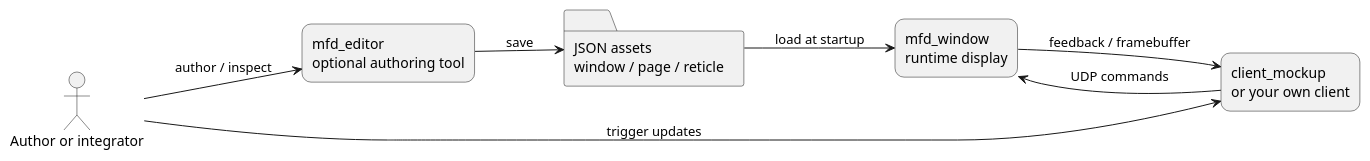
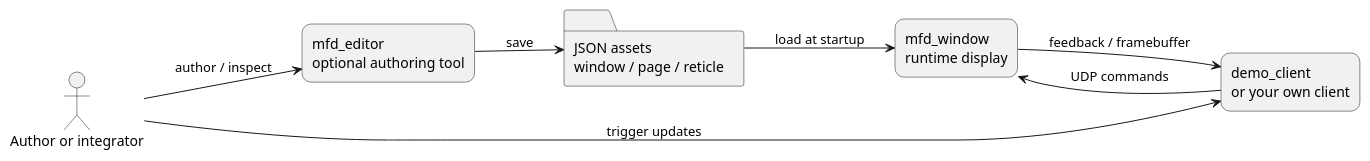
Before and after one commit to benoitfragit/MFDStudio: the diagram in docs/src/images/mfd_runtime_roundtrip.puml, drawn with PlantUML. The commit also changed 210 other files, not shown here.

```diff
--- a/docs/src/images/mfd_runtime_roundtrip.puml
+++ b/docs/src/images/mfd_runtime_roundtrip.puml
@@ -1,20 +1,20 @@
 @startuml
 left to right direction
 skinparam shadowing false
 skinparam rectangle {
   RoundCorner 18
 }
 
 actor "Author or integrator" as User
 rectangle "mfd_editor\noptional authoring tool" as Editor
 folder "JSON assets\nwindow / page / reticle" as Assets
 rectangle "mfd_window\nruntime display" as Window
-rectangle "client_mockup\nor your own client" as Client
+rectangle "demo_client\nor your own client" as Client
 
 User --> Editor : author / inspect
 Editor --> Assets : save
 Assets --> Window : load at startup
 User --> Client : trigger updates
 Client --> Window : UDP commands
 Window --> Client : feedback / framebuffer
 @enduml
```
